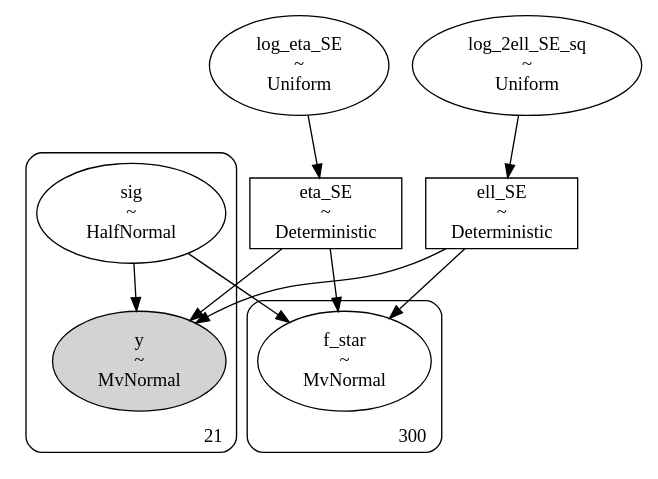
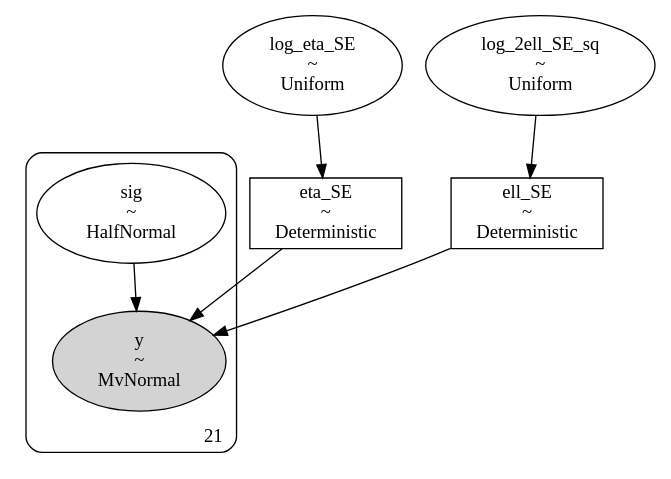
The diagram in dags/428_ra236.530_dec-46.922_4U1543TraPDB_andersson_se_dag.dot (shihchingfu/gp-sandbox-thunderkat), drawn with Graphviz before and after one commit. The commit also changed 5 other files, not shown here.

```diff
--- a/dags/428_ra236.530_dec-46.922_4U1543TraPDB_andersson_se_dag.dot
+++ b/dags/428_ra236.530_dec-46.922_4U1543TraPDB_andersson_se_dag.dot
@@ -1,37 +1,28 @@
 digraph {
-	eta_SE [label="eta_SE
-~
-Deterministic" shape=box]
-	log_2ell_SE_sq [label="log_2ell_SE_sq
-~
-Uniform" shape=ellipse]
 	ell_SE [label="ell_SE
 ~
 Deterministic" shape=box]
 	log_eta_SE [label="log_eta_SE
 ~
 Uniform" shape=ellipse]
+	log_2ell_SE_sq [label="log_2ell_SE_sq
+~
+Uniform" shape=ellipse]
+	eta_SE [label="eta_SE
+~
+Deterministic" shape=box]
 	subgraph cluster21 {
+		sig [label="sig
+~
+HalfNormal" shape=ellipse]
 		y [label="y
 ~
 MvNormal" shape=ellipse style=filled]
-		sig [label="sig
-~
-HalfNormal" shape=ellipse]
 		label=21 labeljust=r labelloc=b style=rounded
-	}
-	subgraph cluster300 {
-		f_star [label="f_star
-~
-MvNormal" shape=ellipse]
-		label=300 labeljust=r labelloc=b style=rounded
 	}
 	log_2ell_SE_sq -> ell_SE
 	log_eta_SE -> eta_SE
 	eta_SE -> y
+	ell_SE -> y
 	sig -> y
-	ell_SE -> y
-	eta_SE -> f_star
-	sig -> f_star
-	ell_SE -> f_star
 }
```
